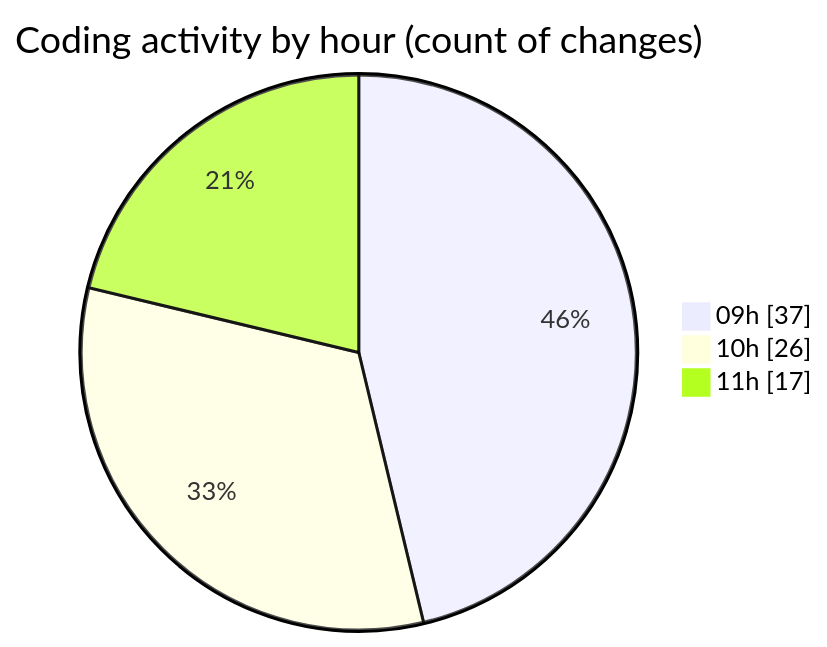
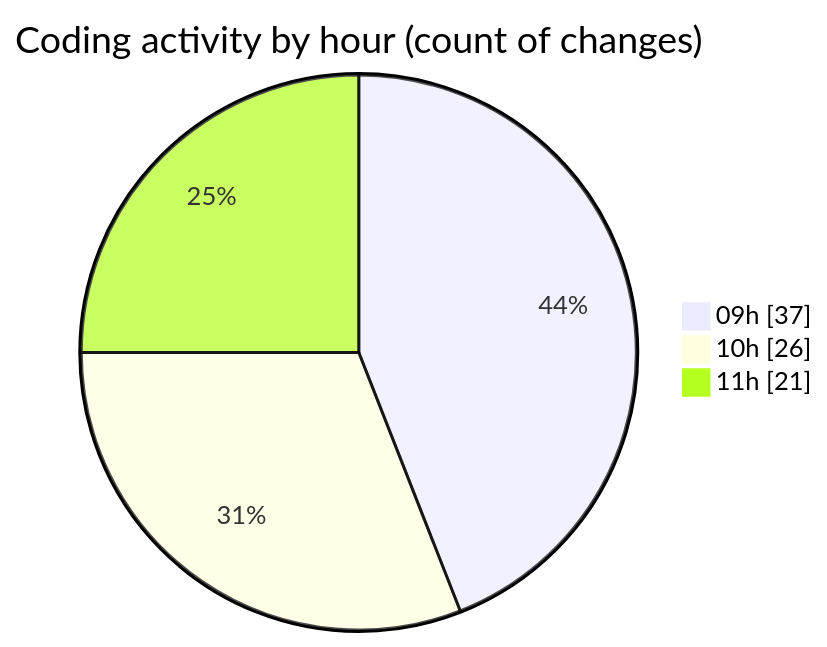
The second of 2 diagrams in 2025-11-14/cda/README.md (momahboobian/code-tracking), drawn with Mermaid before and after one commit. The commit also changed other lines of this file and 1 other file, not shown here.

````diff
--- a/2025-11-14/cda/README.md
+++ b/2025-11-14/cda/README.md
@@ -51,7 +51,7 @@
 ```mermaid
 pie showData
 title Coding activity by hour (count of changes)
 "09h" : 37
 "10h" : 26
-"11h" : 17
+"11h" : 21
 ```
````
